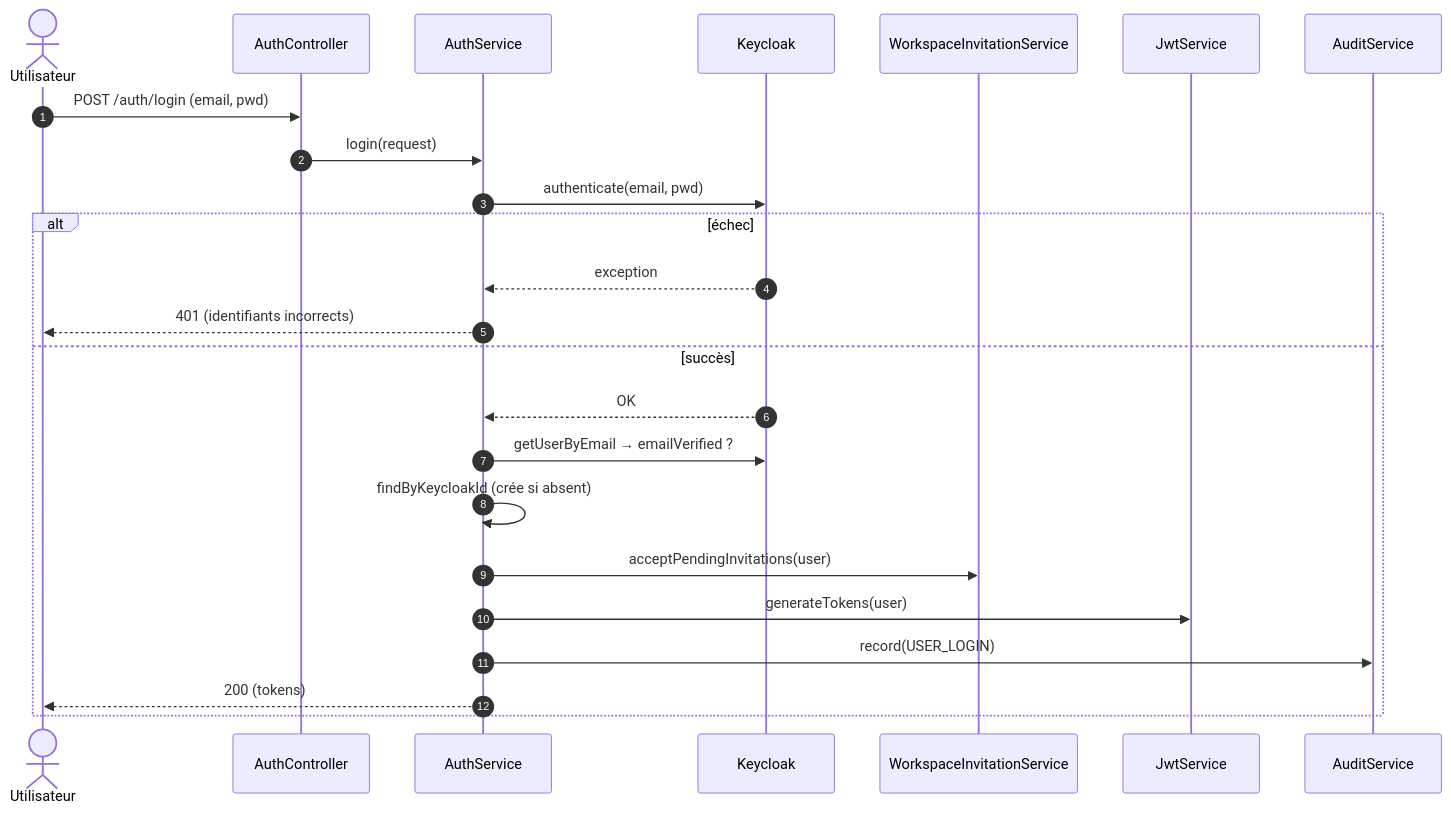
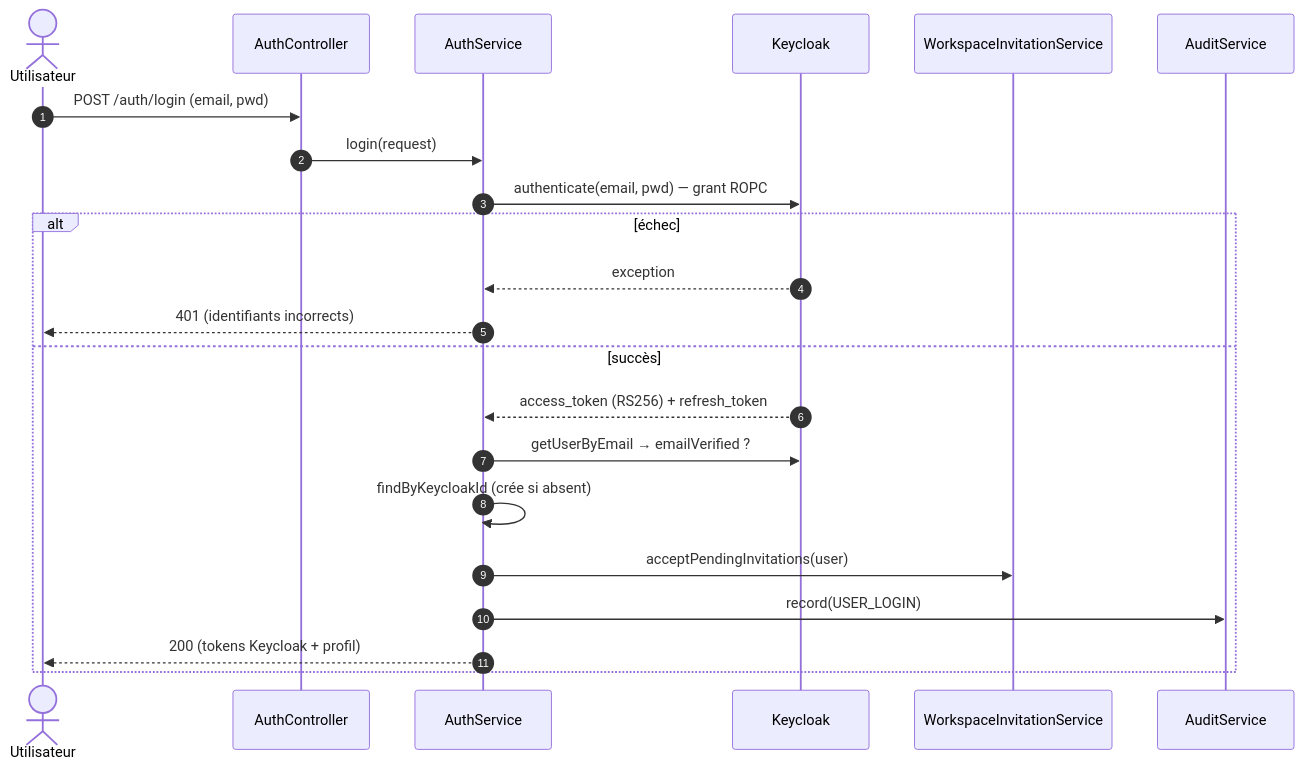
Before and after one commit to taskforce-project/taskforce-docs: the second of 6 diagrams in v1/03-architecture/Diagrammes_Sequence_UML.md, drawn with Mermaid. The commit also changed other lines of this file, not shown here.

Commit message:
refactor(auth): remove JwtService and update token handling in sequence diagrams

````diff
--- a/v1/03-architecture/Diagrammes_Sequence_UML.md
+++ b/v1/03-architecture/Diagrammes_Sequence_UML.md
@@ -70,27 +68,25 @@
 ```mermaid
 sequenceDiagram
     autonumber
     actor U as Utilisateur
     participant AC as AuthController
     participant AS as AuthService
     participant KC as Keycloak
     participant INV as WorkspaceInvitationService
-    participant JWT as JwtService
     participant AUD as AuditService
 
     U->>AC: POST /auth/login (email, pwd)
     AC->>AS: login(request)
-    AS->>KC: authenticate(email, pwd)
+    AS->>KC: authenticate(email, pwd) — grant ROPC
     alt échec
         KC-->>AS: exception
         AS-->>U: 401 (identifiants incorrects)
     else succès
-        KC-->>AS: OK
+        KC-->>AS: access_token (RS256) + refresh_token
         AS->>KC: getUserByEmail → emailVerified ?
         AS->>AS: findByKeycloakId (crée si absent)
         AS->>INV: acceptPendingInvitations(user)
-        AS->>JWT: generateTokens(user)
         AS->>AUD: record(USER_LOGIN)
-        AS-->>U: 200 (tokens)
+        AS-->>U: 200 (tokens Keycloak + profil)
     end
 ```
````
